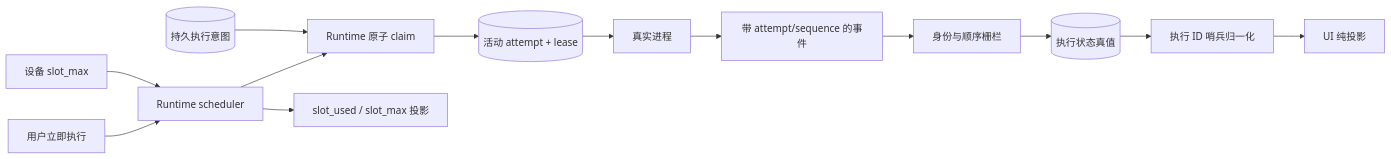
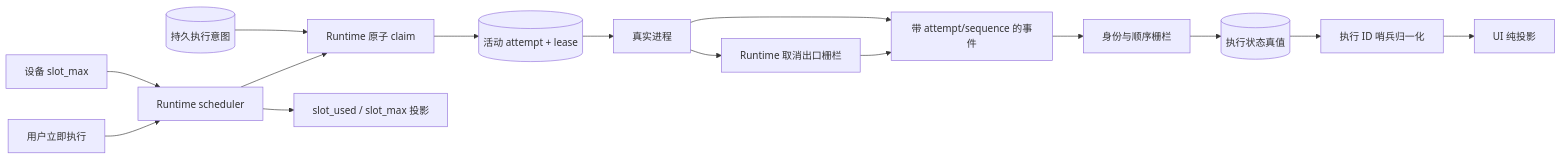
The first of 2 diagrams in i18n/zh/docusaurus-plugin-content-docs/current/architecture/project-execution-state.md (wecode-ai/wegent-docs), drawn with Mermaid before and after one commit. The commit also changed other lines of this file and 3 other files, not shown here.

````diff
--- a/i18n/zh/docusaurus-plugin-content-docs/current/architecture/project-execution-state.md
+++ b/i18n/zh/docusaurus-plugin-content-docs/current/architecture/project-execution-state.md
@@ -9,16 +9,18 @@
 ```mermaid
 flowchart LR
     INTENT[(持久执行意图)] --> CLAIM[Runtime 原子 claim]
     CLAIM --> ACTIVE[(活动 attempt + lease)]
     ACTIVE --> PROCESS[真实进程]
     PROCESS --> EVENT[带 attempt/sequence 的事件]
+    CANCEL_FENCE[Runtime 取消出口栅栏] --> EVENT
+    PROCESS --> CANCEL_FENCE
     EVENT --> FENCE[身份与顺序栅栏]
     FENCE --> TRUTH[(执行状态真值)]
     TRUTH --> NORMALIZE[执行 ID 哨兵归一化]
     NORMALIZE --> VIEW
     VIEW[UI 纯投影]
     SETTINGS[设备 slot_max] --> SCHEDULER[Runtime scheduler]
     RUN_NOW[用户立即执行] --> SCHEDULER
     SCHEDULER --> CLAIM
     SCHEDULER --> CAPACITY[slot_used / slot_max 投影]
 ```
````
